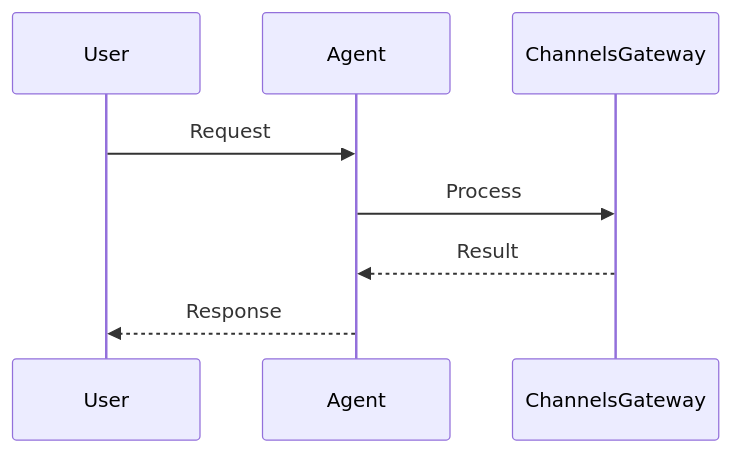
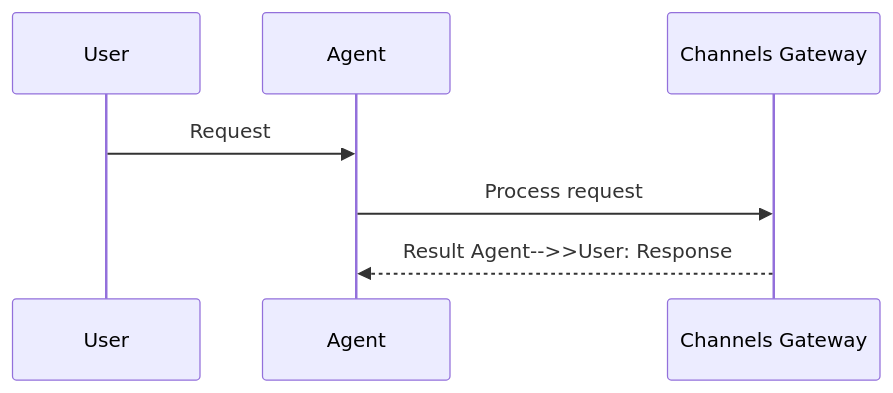
Before and after one commit to MervinPraison/PraisonAIDocs: the second of 2 diagrams in docs/features/channels-gateway.mdx, drawn with Mermaid. The commit also changed 204 other files, not shown here.

First line of the commit message:
docs: align feature/tool pages with AGENTS.md hero + sequence + import standards (fixes #1775)

````diff
--- a/docs/features/channels-gateway.mdx
+++ b/docs/features/channels-gateway.mdx
@@ -44,11 +44,10 @@
 ```mermaid
 sequenceDiagram
     participant User
     participant Agent
-    participant ChannelsGateway
+    participant Feature as Channels Gateway
 
     User->>Agent: Request
-    Agent->>ChannelsGateway: Process
-    ChannelsGateway-->>Agent: Result
-    Agent-->>User: Response
+    Agent->>Feature: Process request
+    Feature-->>Agent: Result    Agent-->>User: Response
 ```
````
